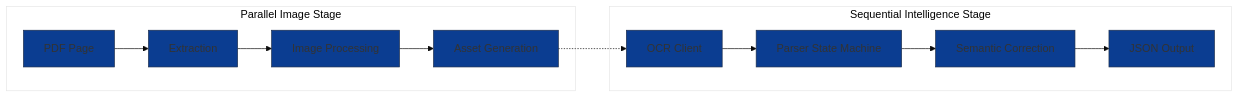
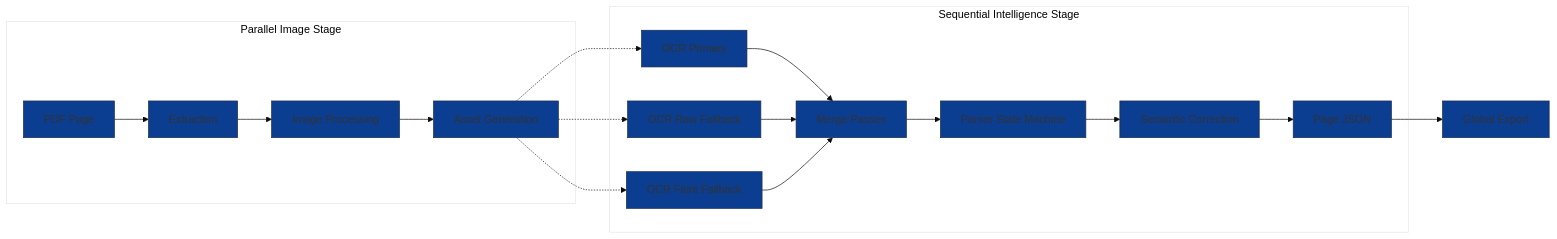
One commit to JeanLouisParent/Nasa-Transcript-Processor changed the first of 2 diagrams in docs/PIPELINE.md. Above: the diagram before and after it, drawn with Mermaid. The commit also changed other lines of this file and 3 other files, not shown here.

Commit message:
Refresh mermaid diagrams across docs

````diff
--- a/docs/PIPELINE.md
+++ b/docs/PIPELINE.md
@@ -8,16 +8,23 @@
 ```mermaid
 %%{init: {'theme': 'base', 'themeVariables': { 'primaryColor': '#0B3D91', 'secondaryColor': '#8BA1B4', 'tertiaryColor': '#fff' }}}%%
 flowchart LR
     subgraph "Parallel Image Stage"
     RAW[PDF Page] --> EXT[Extraction]
     EXT --> IMG[Image Processing]
     IMG --> OUT[Asset Generation]
     end
 
     subgraph "Sequential Intelligence Stage"
-    OUT -.-> OCR[OCR Client]
-    OCR --> PARSE[Parser State Machine]
+    OUT -.-> OCR1[OCR Primary]
+    OUT -.-> OCR2[OCR Raw Fallback]
+    OUT -.-> OCR3[OCR Faint Fallback]
+    OCR1 --> MERGE[Merge Passes]
+    OCR2 --> MERGE
+    OCR3 --> MERGE
+    MERGE --> PARSE[Parser State Machine]
     PARSE --> CORR[Semantic Correction]
-    CORR --> JSON[JSON Output]
+    CORR --> JSON[Page JSON]
     end
+
+    JSON --> EXP[Global Export]
 ```
````
